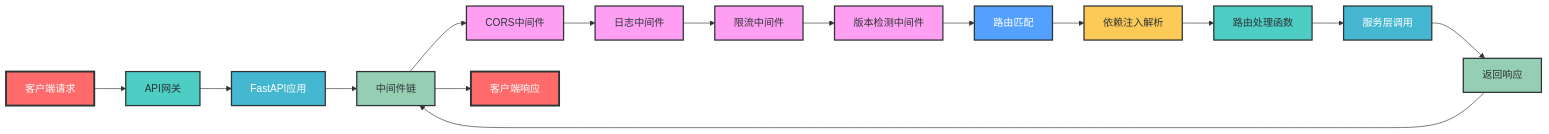
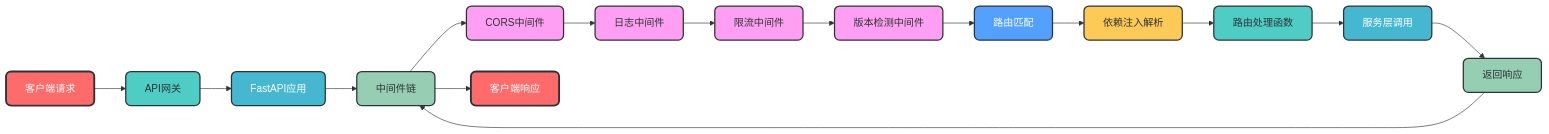
One commit to amuqiao/FastAPI-MVC changed the second of 6 diagrams in README.md. Above: the diagram before and after it, drawn with Mermaid. The commit also changed other lines of this file, not shown here.

````diff
--- a/README.md
+++ b/README.md
@@ -83,32 +83,32 @@
 ```mermaid
 graph LR
     A[客户端请求] --> B[API网关]
     B --> C[FastAPI应用]
     C --> D[中间件链]
     D --> E[CORS中间件]
     E --> F[日志中间件]
     F --> G[限流中间件]
     G --> H[版本检测中间件]
     H --> I[路由匹配]
     I --> J[依赖注入解析]
     J --> K[路由处理函数]
     K --> L[服务层调用]
     L --> M[返回响应]
     M --> D
     D --> N[客户端响应]
     
-    style A fill:#FF6B6B,stroke:#2D3436,stroke-width:3px,color:white
-    style B fill:#4ECDC4,stroke:#2D3436,stroke-width:2px,color:#2D3436
-    style C fill:#45B7D1,stroke:#2D3436,stroke-width:2px,color:white
-    style D fill:#96CEB4,stroke:#2D3436,stroke-width:2px,color:#2D3436
-    style E fill:#FF9FF3,stroke:#2D3436,stroke-width:2px,color:#2D3436
-    style F fill:#FF9FF3,stroke:#2D3436,stroke-width:2px,color:#2D3436
-    style G fill:#FF9FF3,stroke:#2D3436,stroke-width:2px,color:#2D3436
-    style H fill:#FF9FF3,stroke:#2D3436,stroke-width:2px,color:#2D3436
-    style I fill:#54A0FF,stroke:#2D3436,stroke-width:2px,color:white
-    style J fill:#FECA57,stroke:#2D3436,stroke-width:2px,color:#2D3436
-    style K fill:#4ECDC4,stroke:#2D3436,stroke-width:2px,color:#2D3436
-    style L fill:#45B7D1,stroke:#2D3436,stroke-width:2px,color:white
-    style M fill:#96CEB4,stroke:#2D3436,stroke-width:2px,color:#2D3436
-    style N fill:#FF6B6B,stroke:#2D3436,stroke-width:3px,color:white
+    style A fill:#FF6B6B,stroke:#2D3436,stroke-width:3px,color:white,rx:8,ry:8
+    style B fill:#4ECDC4,stroke:#2D3436,stroke-width:2px,color:#2D3436,rx:8,ry:8
+    style C fill:#45B7D1,stroke:#2D3436,stroke-width:2px,color:white,rx:8,ry:8
+    style D fill:#96CEB4,stroke:#2D3436,stroke-width:2px,color:#2D3436,rx:8,ry:8
+    style E fill:#FF9FF3,stroke:#2D3436,stroke-width:2px,color:#2D3436,rx:8,ry:8
+    style F fill:#FF9FF3,stroke:#2D3436,stroke-width:2px,color:#2D3436,rx:8,ry:8
+    style G fill:#FF9FF3,stroke:#2D3436,stroke-width:2px,color:#2D3436,rx:8,ry:8
+    style H fill:#FF9FF3,stroke:#2D3436,stroke-width:2px,color:#2D3436,rx:8,ry:8
+    style I fill:#54A0FF,stroke:#2D3436,stroke-width:2px,color:white,rx:8,ry:8
+    style J fill:#FECA57,stroke:#2D3436,stroke-width:2px,color:#2D3436,rx:8,ry:8
+    style K fill:#4ECDC4,stroke:#2D3436,stroke-width:2px,color:#2D3436,rx:8,ry:8
+    style L fill:#45B7D1,stroke:#2D3436,stroke-width:2px,color:white,rx:8,ry:8
+    style M fill:#96CEB4,stroke:#2D3436,stroke-width:2px,color:#2D3436,rx:8,ry:8
+    style N fill:#FF6B6B,stroke:#2D3436,stroke-width:3px,color:white,rx:8,ry:8
 ```
````
